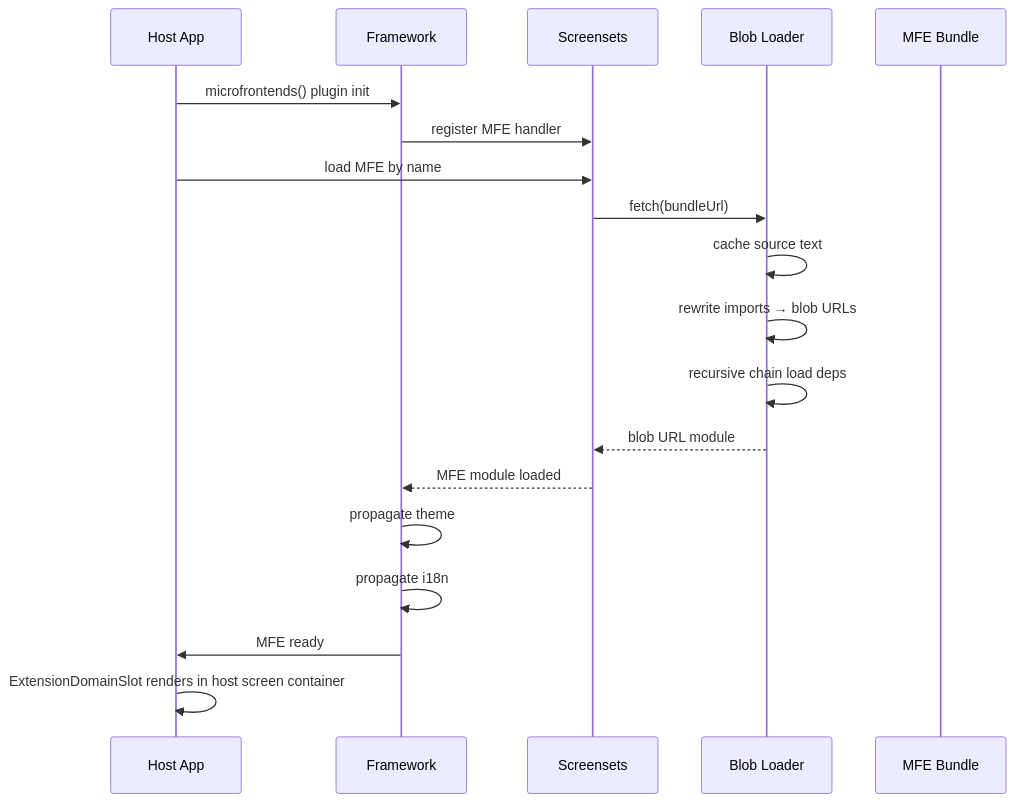
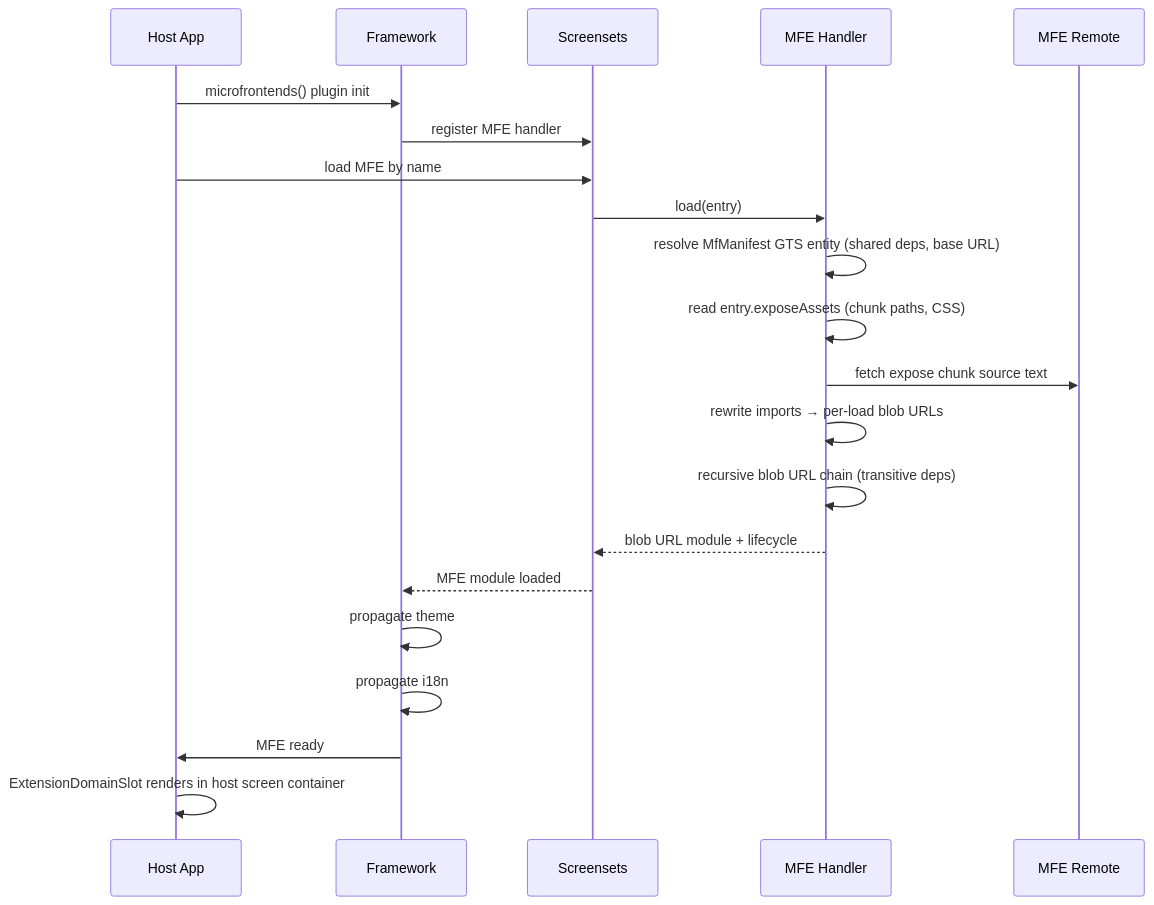
One commit to cyberfabric/frontx changed the third of 5 diagrams in architecture/DESIGN.md. Above: the diagram before and after it, drawn with Mermaid. The commit also changed other lines of this file and 7 other files, not shown here.

````diff
--- a/architecture/DESIGN.md
+++ b/architecture/DESIGN.md
@@ -946,22 +966,24 @@
 ```mermaid
 sequenceDiagram
     participant Host as Host App
     participant FW as Framework
     participant SS as Screensets
-    participant Blob as Blob Loader
-    participant MFE as MFE Bundle
+    participant Handler as MFE Handler
+    participant Remote as MFE Remote
 
     Host->>FW: microfrontends() plugin init
     FW->>SS: register MFE handler
     Host->>SS: load MFE by name
-    SS->>Blob: fetch(bundleUrl)
-    Blob->>Blob: cache source text
-    Blob->>Blob: rewrite imports → blob URLs
-    Blob->>Blob: recursive chain load deps
-    Blob-->>SS: blob URL module
+    SS->>Handler: load(entry)
+    Handler->>Handler: resolve MfManifest GTS entity (shared deps, base URL)
+    Handler->>Handler: read entry.exposeAssets (chunk paths, CSS)
+    Handler->>Remote: fetch expose chunk source text
+    Handler->>Handler: rewrite imports → per-load blob URLs
+    Handler->>Handler: recursive blob URL chain (transitive deps)
+    Handler-->>SS: blob URL module + lifecycle
     SS-->>FW: MFE module loaded
     FW->>FW: propagate theme
     FW->>FW: propagate i18n
     FW->>Host: MFE ready
     Host->>Host: ExtensionDomainSlot renders in host screen container
 ```
````
